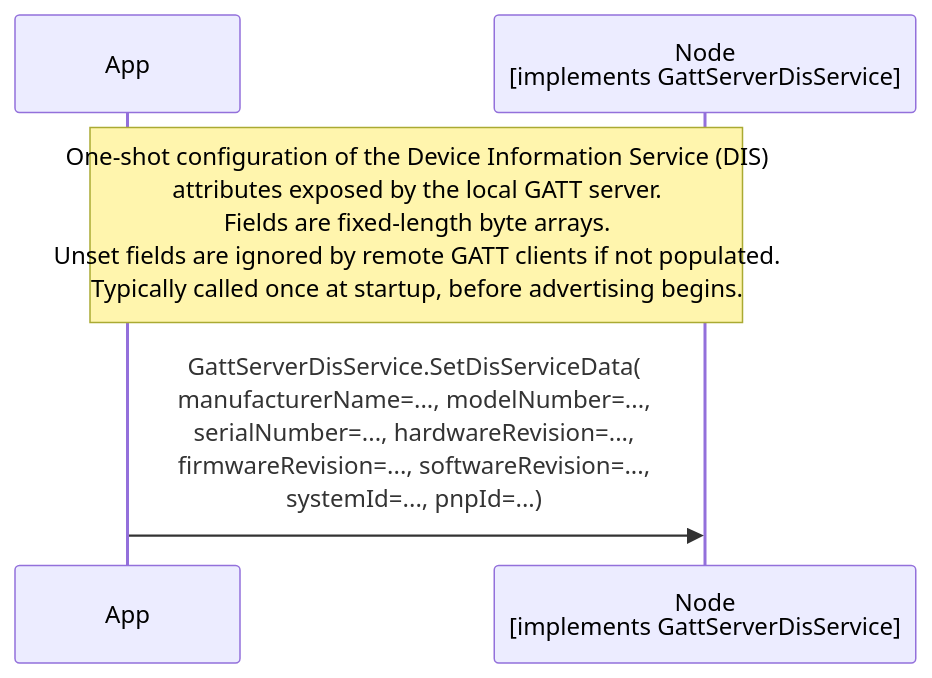
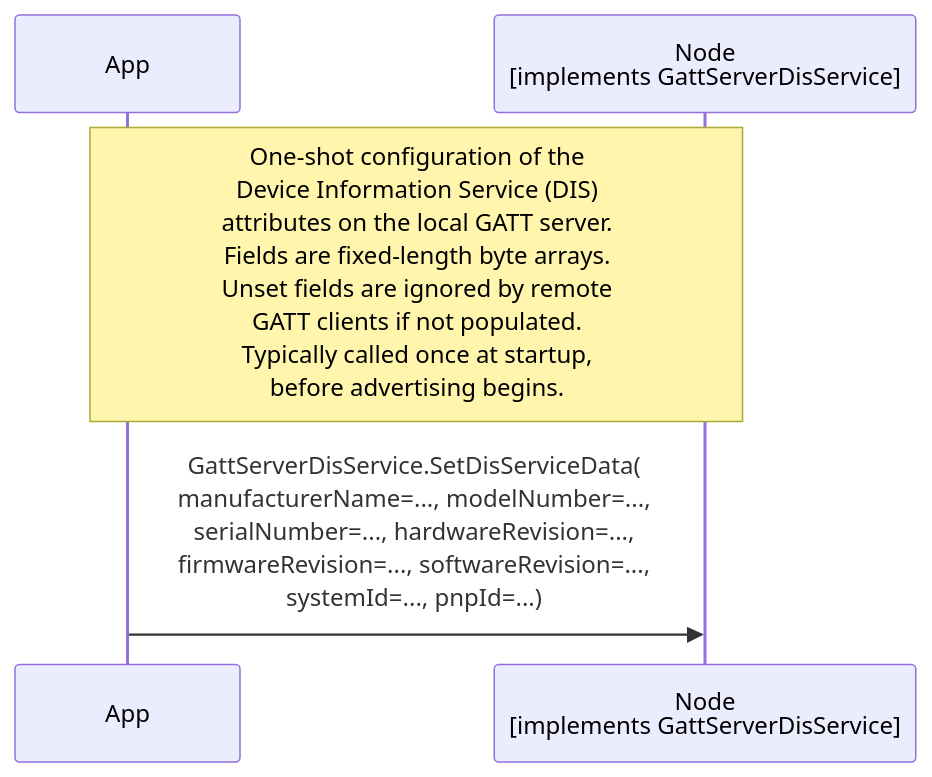
The diagram in documents/modules/ROOT/partials/echoservices/gatt_client/GattServerDisService_SetDisServiceData_sequence.mmd (philips-software/amp-embedded-infra-lib), drawn with Mermaid before and after one commit. The commit also changed 12 other files, not shown here.

```diff
--- a/documents/modules/ROOT/partials/echoservices/gatt_client/GattServerDisService_SetDisServiceData_sequence.mmd
+++ b/documents/modules/ROOT/partials/echoservices/gatt_client/GattServerDisService_SetDisServiceData_sequence.mmd
@@ -1,5 +1,5 @@
 sequenceDiagram
     participant App as App
     participant Node as Node<br>[implements GattServerDisService]
-    Note over App, Node: One-shot configuration of the Device Information Service (DIS)<br>attributes exposed by the local GATT server.<br>Fields are fixed-length byte arrays.<br>Unset fields are ignored by remote GATT clients if not populated.<br>Typically called once at startup, before advertising begins.
+    Note over App, Node: One-shot configuration of the<br>Device Information Service (DIS)<br>attributes on the local GATT server.<br>Fields are fixed-length byte arrays.<br>Unset fields are ignored by remote<br>GATT clients if not populated.<br>Typically called once at startup,<br>before advertising begins.
     App->>Node: GattServerDisService.SetDisServiceData(<br>manufacturerName=..., modelNumber=...,<br>serialNumber=..., hardwareRevision=...,<br>firmwareRevision=..., softwareRevision=...,<br>systemId=..., pnpId=...)
```
